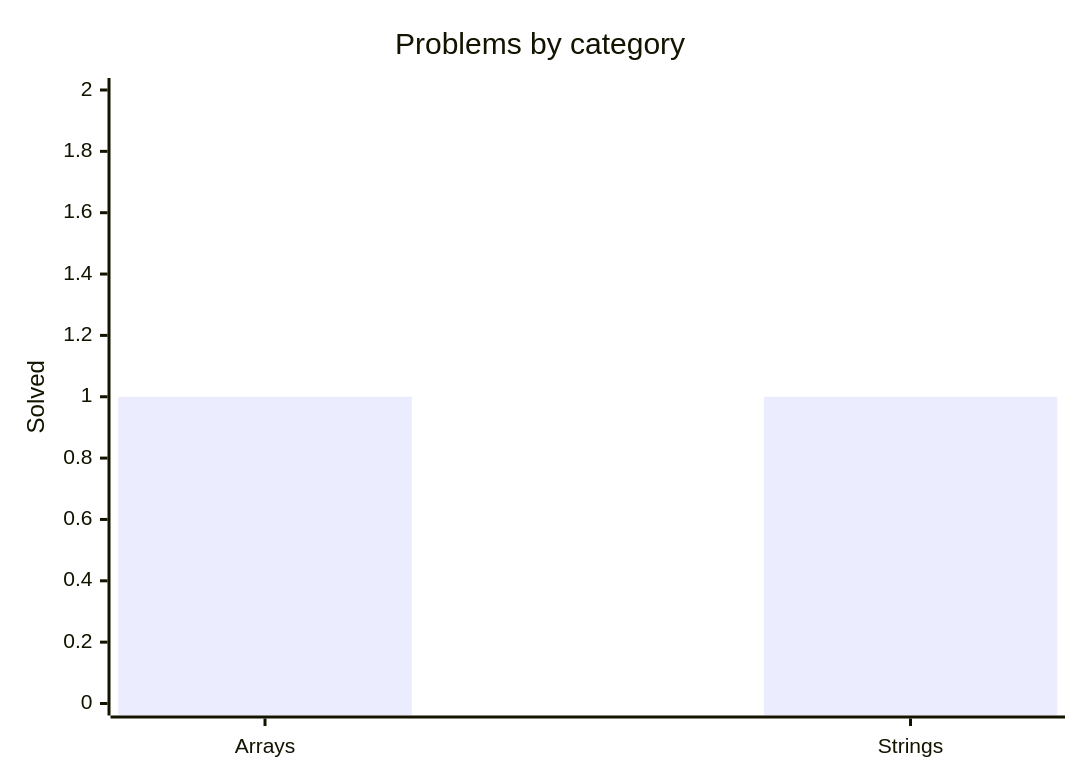
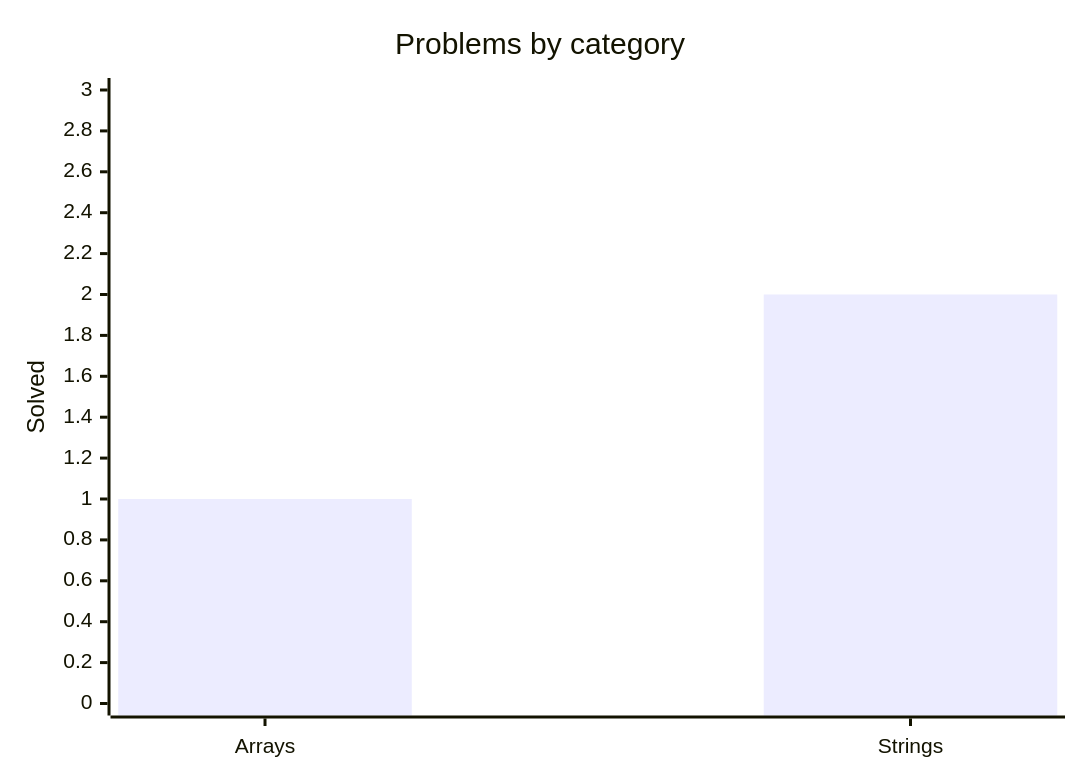
The diagram in README.md (mauli-waghmore/data-structures-algorithms-kotlin), drawn with Mermaid before and after one commit. The commit also changed other lines of this file and 1 other file, not shown here.

````diff
--- a/README.md
+++ b/README.md
@@ -35,8 +35,8 @@
 ```mermaid
 %%{init: {"xyChart": {"plotColorPalette": "#7F52FF"}}}%%
 xychart-beta
     title "Problems by category"
     x-axis ["Arrays", "Strings"]
-    y-axis "Solved" 0 --> 2
-    bar [1, 1]
+    y-axis "Solved" 0 --> 3
+    bar [1, 2]
 ```
````
